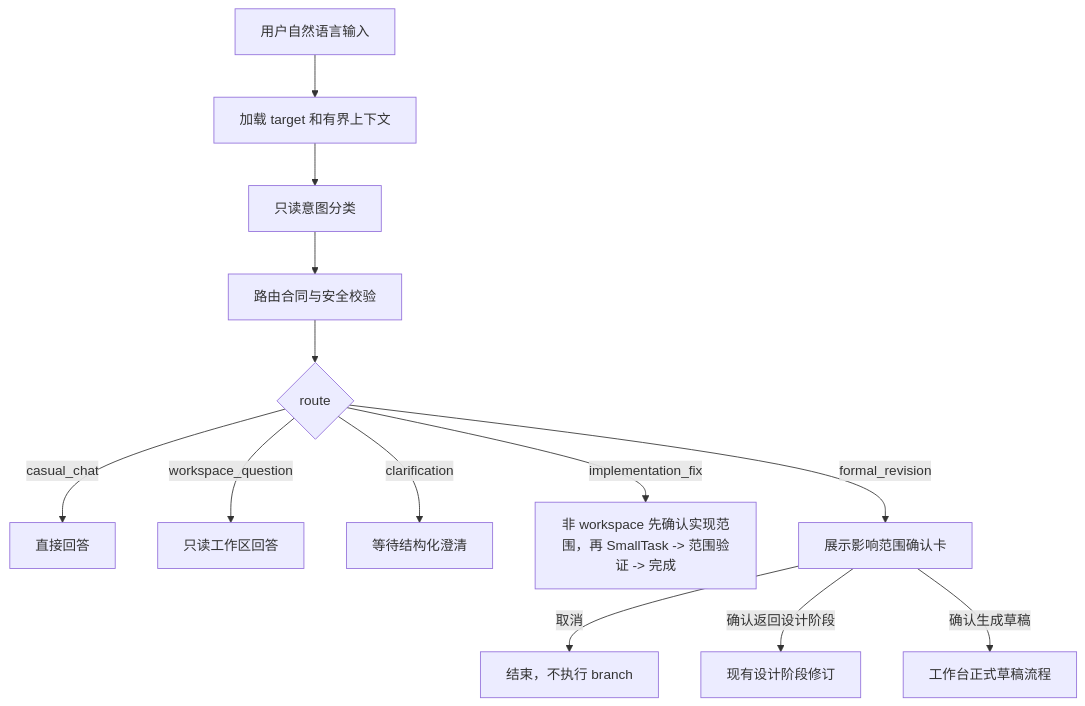
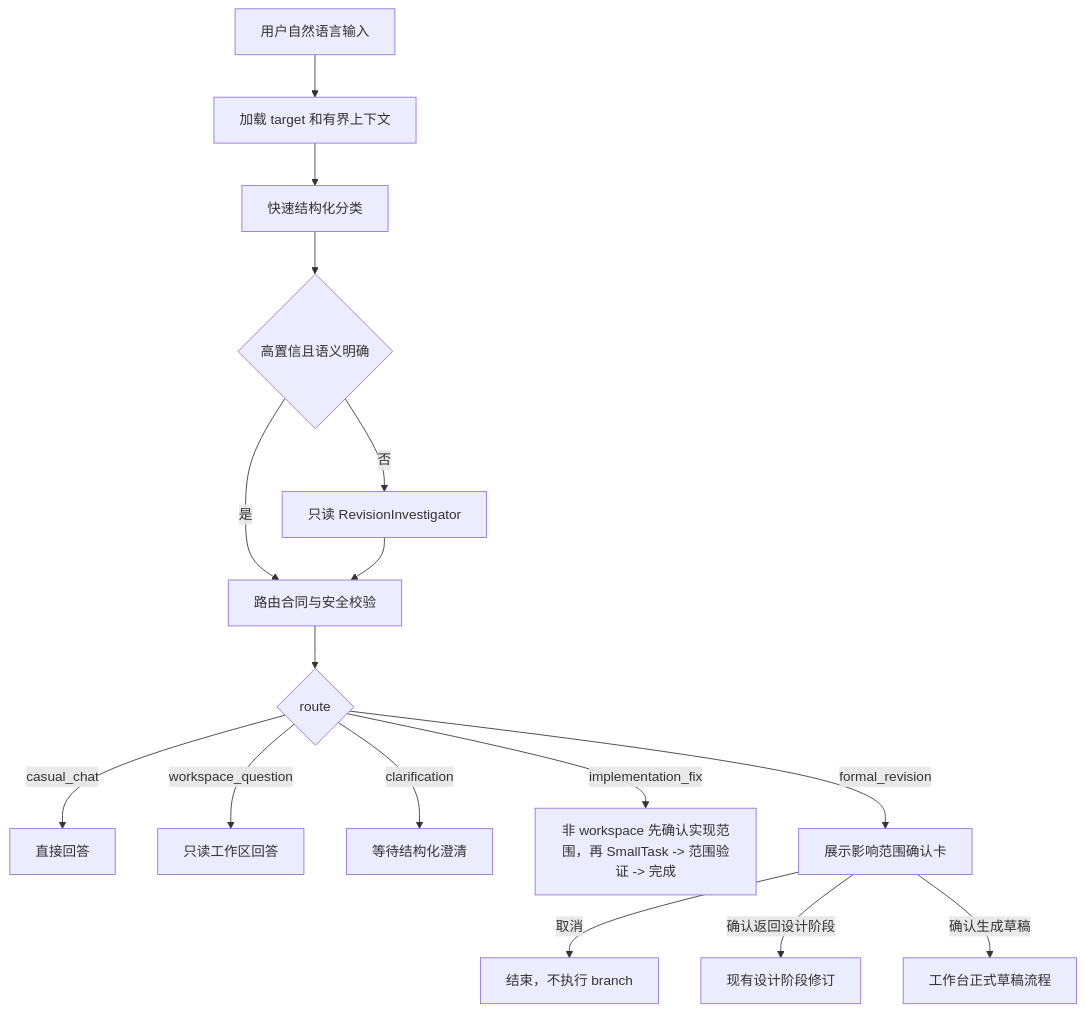
The first of 3 diagrams in docs/APPLICATION_REVISION_WORKFLOW.md (YYYWYF/XCodeAgent), drawn with Mermaid before and after one commit. The commit also changed other lines of this file and 11 other files, not shown here.

Commit message:
二次修改意图识别节点优化

````diff
--- a/docs/APPLICATION_REVISION_WORKFLOW.md
+++ b/docs/APPLICATION_REVISION_WORKFLOW.md
@@ -321,15 +323,18 @@
 ```mermaid
 flowchart TD
     A["用户自然语言输入"] --> B["加载 target 和有界上下文"]
-    B --> C["只读意图分类"]
-    C --> D["路由合同与安全校验"]
+    B --> C["快速结构化分类"]
+    C --> C1{"高置信且语义明确"}
+    C1 -- 是 --> D["路由合同与安全校验"]
+    C1 -- 否 --> C2["只读 RevisionInvestigator"]
+    C2 --> D
     D --> E{"route"}
     E -- casual_chat --> F["直接回答"]
     E -- workspace_question --> G["只读工作区回答"]
     E -- clarification --> H["等待结构化澄清"]
     E -- implementation_fix --> I["非 workspace 先确认实现范围，再 SmallTask -> 范围验证 -> 完成"]
     E -- formal_revision --> J["展示影响范围确认卡"]
     J -- 取消 --> K["结束，不执行 branch"]
     J -- 确认返回设计阶段 --> L["现有设计阶段修订"]
     J -- 确认生成草稿 --> M["工作台正式草稿流程"]
 ```
````
